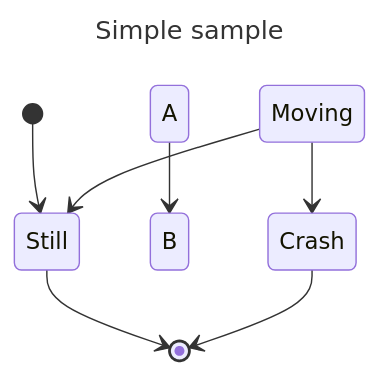
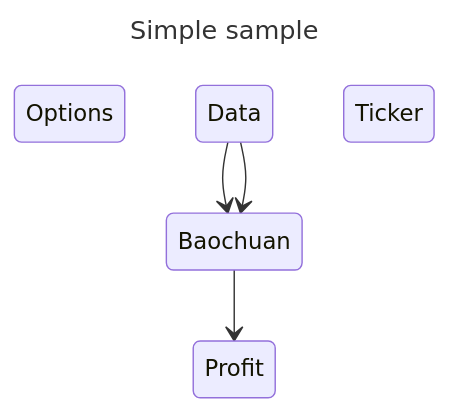
The diagram in README.md (ssoper/Baochuan), drawn with Mermaid before and after one commit.

````diff
--- a/README.md
+++ b/README.md
@@ -7,13 +7,9 @@
 ```mermaid
 ---
 title: Simple sample
 ---
 stateDiagram-v2
-    [*] --> Still
-    Still --> [*]
-
-    A --> B
-    Moving --> Still
-    Moving --> Crash
-    Crash --> [*]
+    Options Data --> Baochuan
+    Ticker Data --> Baochuan
+    Baochuan --> Profit
 ```
````
